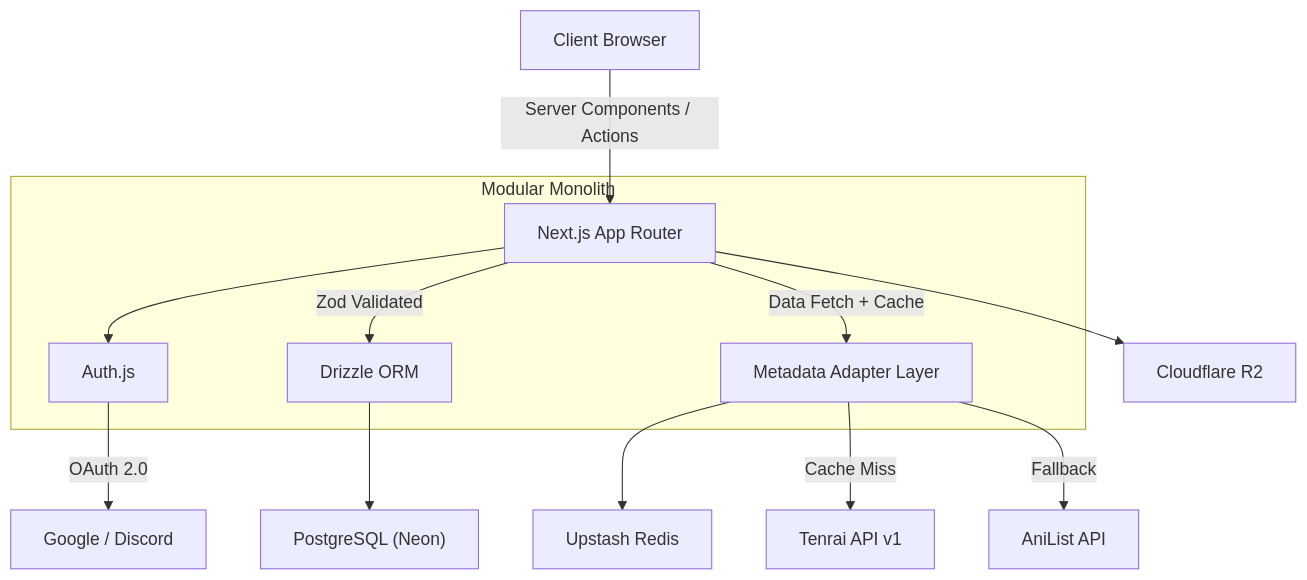
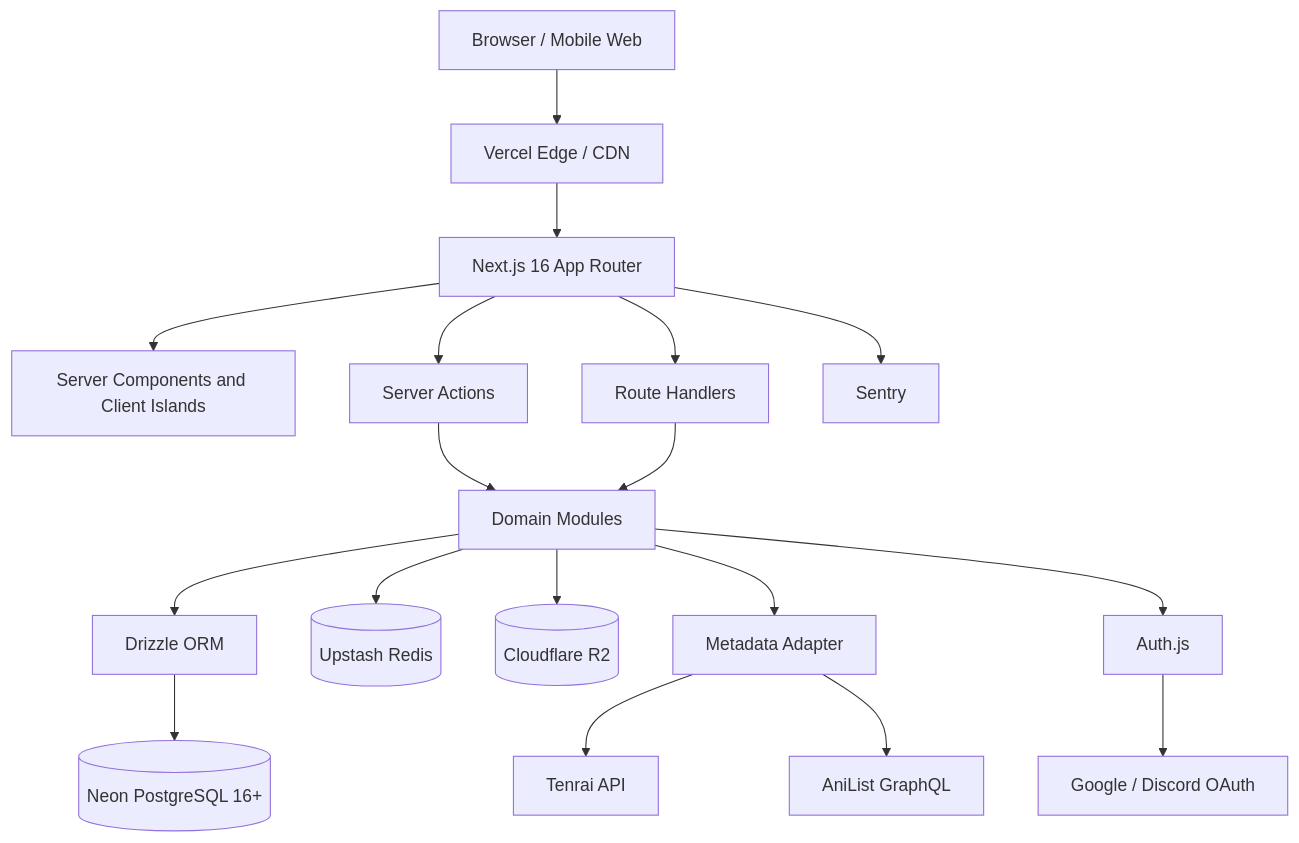
One commit to Dhruv-Patel-2007/Anivio changed the diagram in README.md. Above: the diagram before and after it, drawn with Mermaid. The commit also changed other lines of this file, not shown here.

Commit message:
docs: update README with consolidated architecture baseline v1.1

````diff
--- a/README.md
+++ b/README.md
@@ -62,15 +404,20 @@
-```mermaid
+``` mermaid
 flowchart TD
-    Client["Client Browser"] -->|"Server Components / Actions"| NextJS["Next.js App Router"]
-    subgraph "Modular Monolith"
-        NextJS --> Auth["Auth.js"]
-        NextJS -->|"Zod Validated"| Drizzle["Drizzle ORM"]
-        NextJS -->|"Data Fetch + Cache"| MetaLayer["Metadata Adapter Layer"]
-    end
-    Auth -->|"OAuth 2.0"| OAuth["Google / Discord"]
-    Drizzle --> PG["PostgreSQL (Neon)"]
-    MetaLayer --> Redis["Upstash Redis"]
-    MetaLayer -->|"Cache Miss"| Tenrai["Tenrai API v1"]
-    MetaLayer -->|"Fallback"| AniList["AniList API"]
-    NextJS --> R2["Cloudflare R2"]
+    User["Browser / Mobile Web"] --> Edge["Vercel Edge / CDN"]
+    Edge --> Next["Next.js 16 App Router"]
+    Next --> UI["Server Components and Client Islands"]
+    Next --> Actions["Server Actions"]
+    Next --> Routes["Route Handlers"]
+    Actions --> Domains["Domain Modules"]
+    Routes --> Domains
+    Domains --> Drizzle["Drizzle ORM"]
+    Drizzle --> DB[("Neon PostgreSQL 16+")]
+    Domains --> Redis[("Upstash Redis")]
+    Domains --> R2[("Cloudflare R2")]
+    Metadata["Metadata Adapter"] --> Tenrai["Tenrai API"]
+    Metadata --> AniList["AniList GraphQL"]
+    Domains --> Metadata
+    Auth["Auth.js"] --> OAuth["Google / Discord OAuth"]
+    Domains --> Auth
+    Next --> Sentry["Sentry"]
 ```
````
